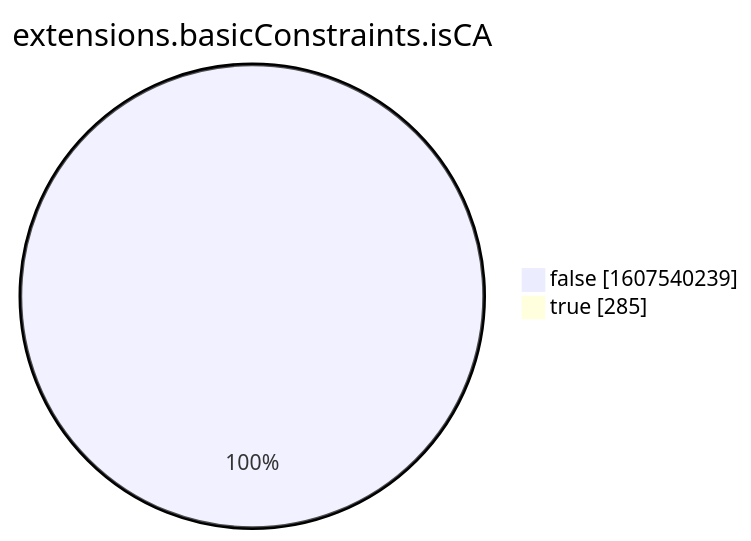
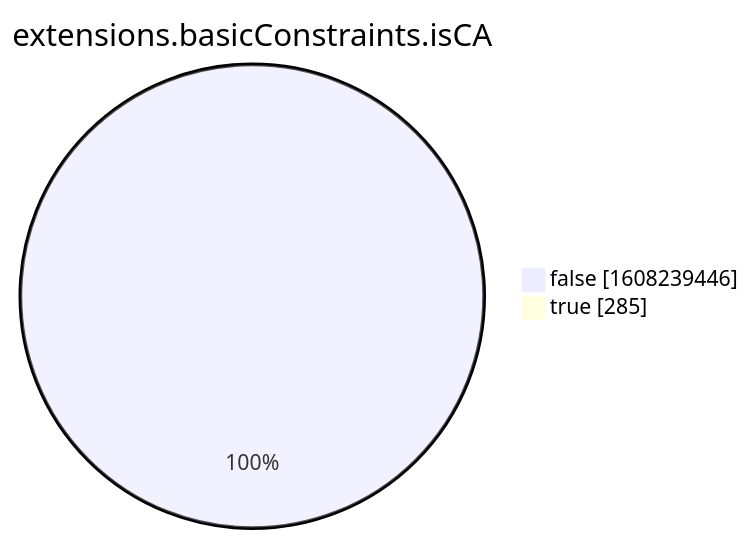
One commit to christiankrug/ctmonitor_visualization changed the eighth of 15 diagrams in xenon2022/README.md. Above: the diagram before and after it, drawn with Mermaid. The commit also changed other lines of this file, not shown here.

````diff
--- a/xenon2022/README.md
+++ b/xenon2022/README.md
@@ -2862,6 +2862,6 @@
 ```mermaid
 pie showData
 title extensions.basicConstraints.isCA
-"false" :1607540239
+"false" :1608239446
 "true" :285
 ```
````
